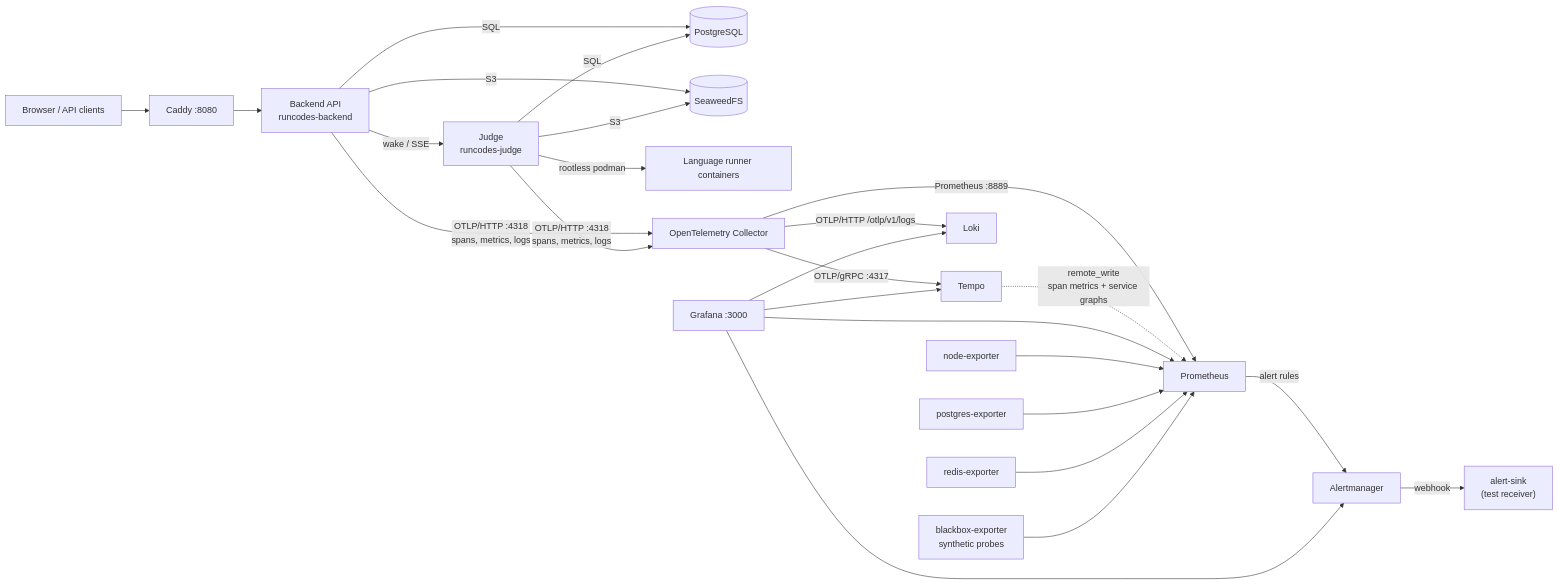
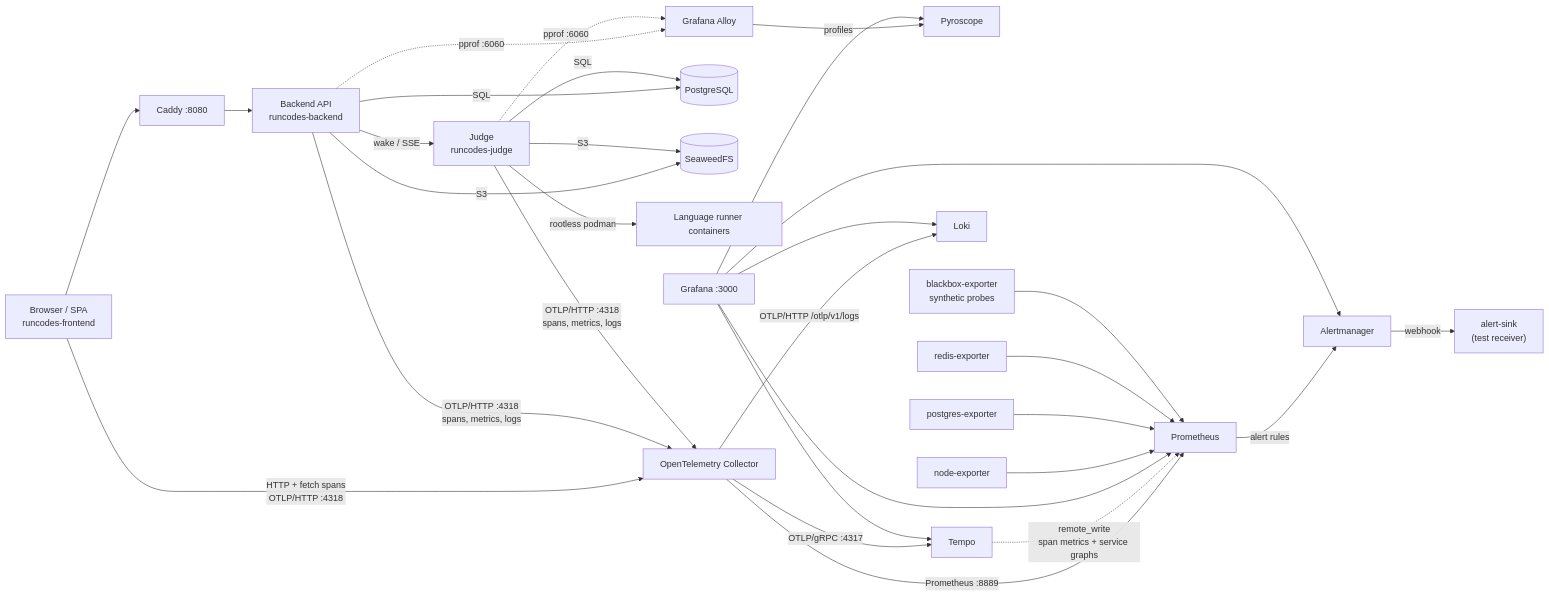
The diagram in docs/observability/README.md (reisaraujo-miguel/runcodes), drawn with Mermaid before and after one commit. The commit also changed other lines of this file and 58 other files, not shown here.

First line of the commit message:
feat(observability): add browser test, span profiles and submission checks

````diff
--- a/docs/observability/README.md
+++ b/docs/observability/README.md
@@ -34,32 +34,38 @@
 ```mermaid
 flowchart LR
-    Browser["Browser / API clients"] --> Caddy["Caddy :8080"]
+    Collector["OpenTelemetry Collector"]
+    Browser["Browser / SPA\nruncodes-frontend"] -->|"HTTP + fetch spans\nOTLP/HTTP :4318"| Collector
+    Browser --> Caddy["Caddy :8080"]
     Caddy --> Backend["Backend API\nruncodes-backend"]
     Backend -->|SQL| Postgres[("PostgreSQL")]
     Backend -->|S3| Seaweed[("SeaweedFS")]
     Backend -->|"wake / SSE"| Judge["Judge\nruncodes-judge"]
     Judge -->|SQL| Postgres
     Judge -->|S3| Seaweed
     Judge -->|rootless podman| Runners["Language runner containers"]
 
-    Backend -->|"OTLP/HTTP :4318\nspans, metrics, logs"| Collector["OpenTelemetry Collector"]
+    Backend -->|"OTLP/HTTP :4318\nspans, metrics, logs"| Collector
     Judge -->|"OTLP/HTTP :4318\nspans, metrics, logs"| Collector
+    Backend -.->|"pprof :6060"| Alloy["Grafana Alloy"]
+    Judge -.->|"pprof :6060"| Alloy
+    Alloy -->|"profiles"| Pyroscope["Pyroscope"]
 
     Collector -->|"OTLP/gRPC :4317"| Tempo["Tempo"]
     Collector -->|"OTLP/HTTP /otlp/v1/logs"| Loki["Loki"]
     Collector -->|"Prometheus :8889"| Prometheus["Prometheus"]
 
     Tempo -.->|"remote_write\nspan metrics + service graphs"| Prometheus
     Prometheus -->|"alert rules"| Alertmanager["Alertmanager"]
     Alertmanager -->|"webhook"| AlertSink["alert-sink\n(test receiver)"]
 
     Grafana["Grafana :3000"] --> Prometheus
     Grafana --> Loki
     Grafana --> Tempo
     Grafana --> Alertmanager
+    Grafana --> Pyroscope
 
     NodeExporter["node-exporter"] --> Prometheus
     PostgresExporter["postgres-exporter"] --> Prometheus
     RedisExporter["redis-exporter"] --> Prometheus
     Blackbox["blackbox-exporter\nsynthetic probes"] --> Prometheus
 ```
````
